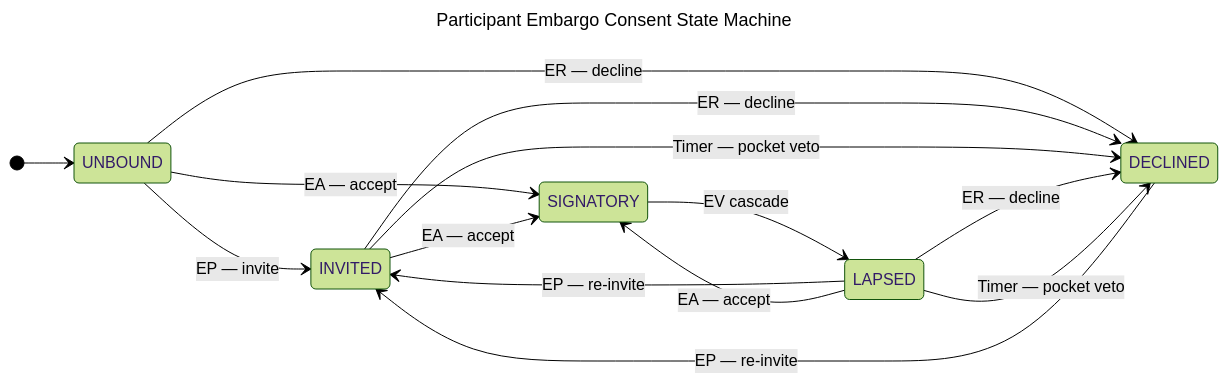
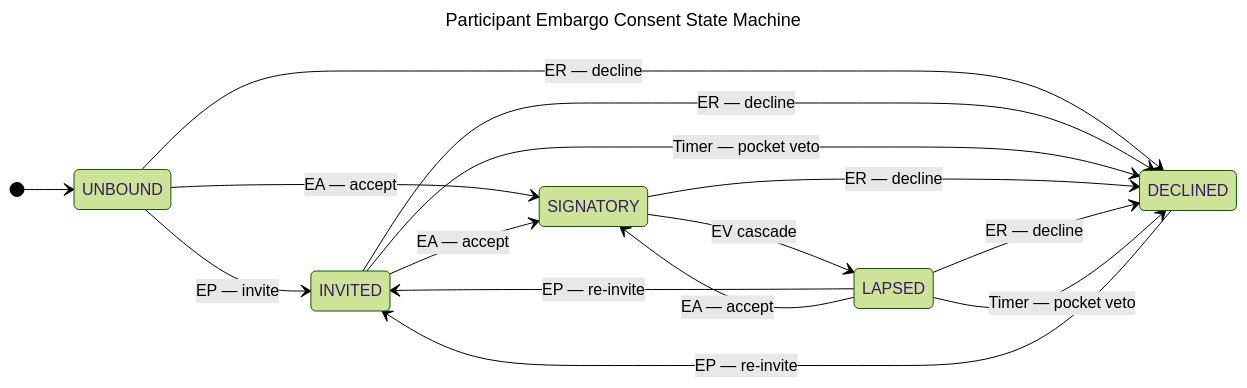
The diagram in docs/topics/process_models/em/pec_state_machine_diagram.md (CERTCC/Vultron), drawn with Mermaid (forest theme) before and after one commit. The commit also changed 8 other files, not shown here.

````diff
--- a/docs/topics/process_models/em/pec_state_machine_diagram.md
+++ b/docs/topics/process_models/em/pec_state_machine_diagram.md
@@ -1,20 +1,21 @@
 ```mermaid
 ---
 title: Participant Embargo Consent State Machine
 ---
 stateDiagram-v2
     direction LR
     [*] --> UNBOUND
     UNBOUND --> INVITED: EP — invite
     UNBOUND --> SIGNATORY: EA — accept
     UNBOUND --> DECLINED: ER — decline
     INVITED --> SIGNATORY: EA — accept
     INVITED --> DECLINED: ER — decline
     INVITED --> DECLINED: Timer — pocket veto
     SIGNATORY --> LAPSED: EV cascade
+    SIGNATORY --> DECLINED: ER — decline
     LAPSED --> INVITED: EP — re-invite
     LAPSED --> SIGNATORY: EA — accept
     LAPSED --> DECLINED: ER — decline
     LAPSED --> DECLINED: Timer — pocket veto
     DECLINED --> INVITED: EP — re-invite
 ```
````
